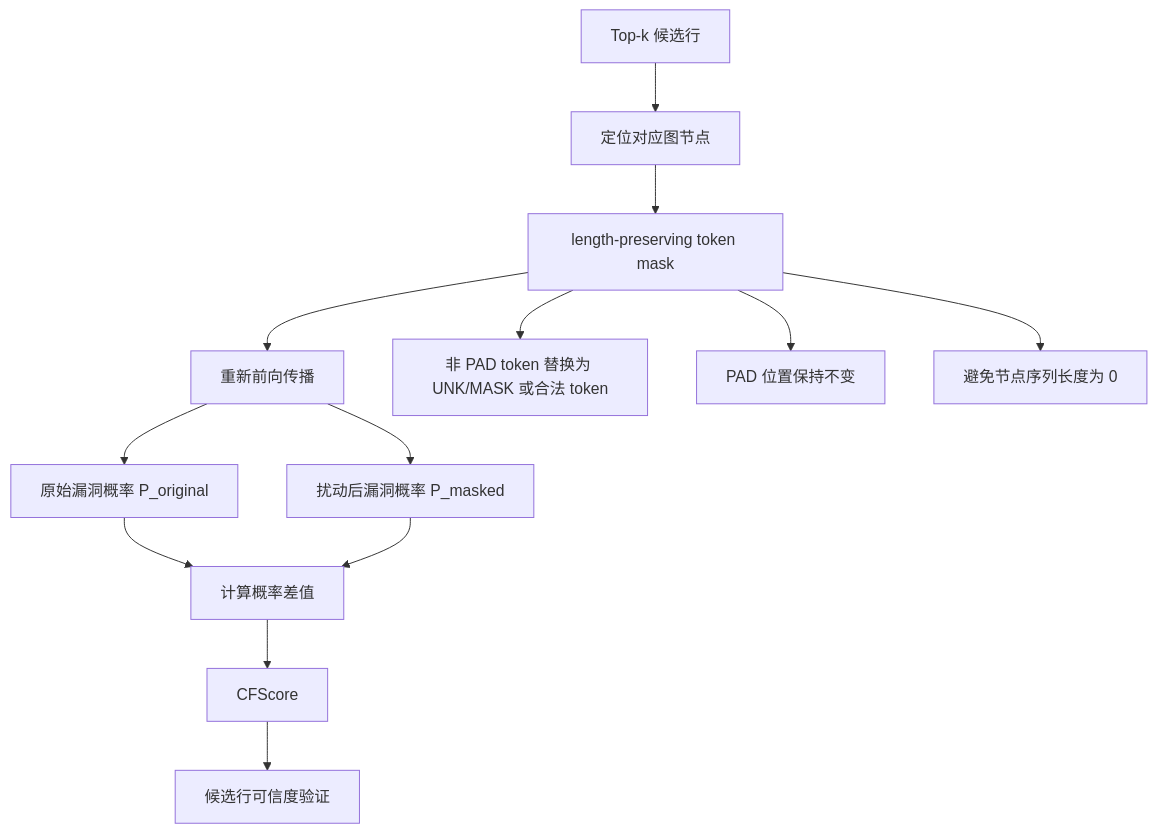
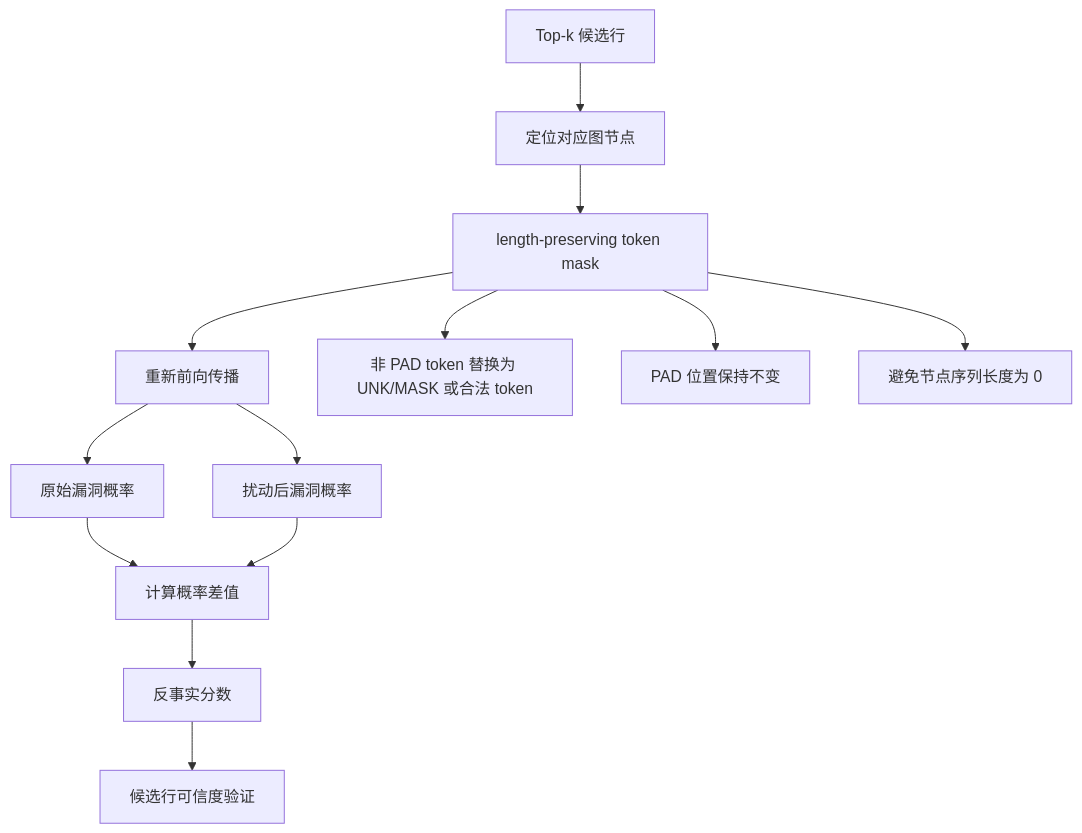
One commit to ATao-Zhang/msgvd changed the fourth of 5 diagrams in docs/thesis/figures_mermaid.md. Above: the diagram before and after it, drawn with Mermaid. The commit also changed other lines of this file, not shown here.

Commit message:
fix: 修复论文公式与流程图在 GitHub 中的显示问题

````diff
--- a/docs/thesis/figures_mermaid.md
+++ b/docs/thesis/figures_mermaid.md
@@ -99,16 +99,16 @@
 ```mermaid
 flowchart TD
     A["Top-k 候选行"] --> B["定位对应图节点"]
     B --> C["length-preserving token mask"]
     C --> D["重新前向传播"]
-    D --> E["原始漏洞概率 P_original"]
-    D --> F["扰动后漏洞概率 P_masked"]
+    D --> E["原始漏洞概率"]
+    D --> F["扰动后漏洞概率"]
     E --> G["计算概率差值"]
     F --> G
-    G --> H["CFScore"]
+    G --> H["反事实分数"]
     H --> I["候选行可信度验证"]
 
     C --> C1["非 PAD token 替换为 UNK/MASK 或合法 token"]
     C --> C2["PAD 位置保持不变"]
     C --> C3["避免节点序列长度为 0"]
 ```
````
